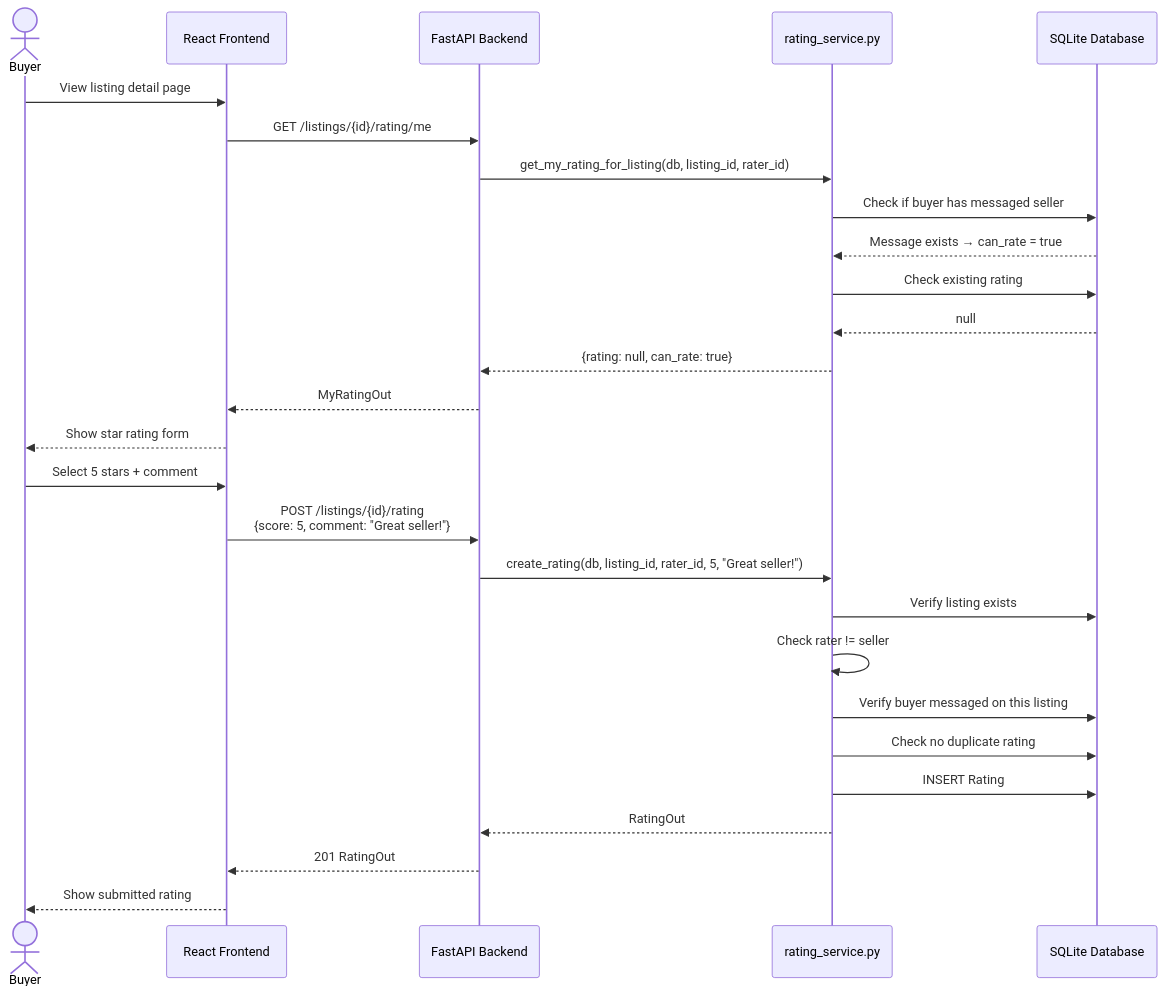
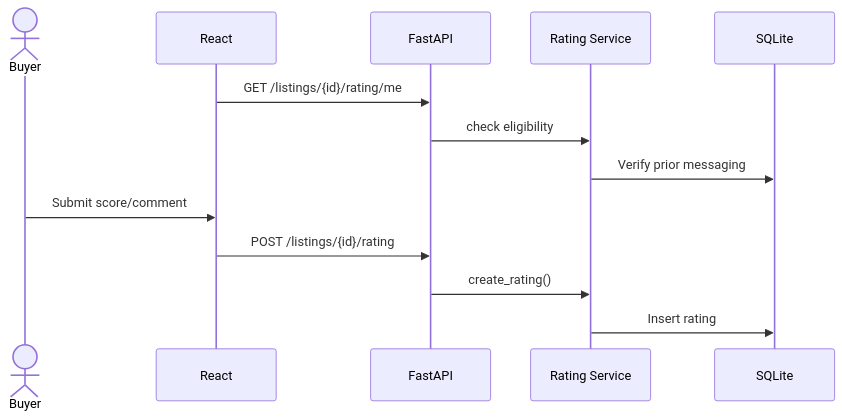
The fourth of 5 diagrams in final_report.md (mai2161/YUTrade), drawn with Mermaid before and after one commit. The commit also changed other lines of this file, not shown here.

````diff
--- a/final_report.md
+++ b/final_report.md
@@ -289,31 +130,17 @@
 ```mermaid
 sequenceDiagram
     actor Buyer
-    participant Frontend as React Frontend
-    participant API as FastAPI Backend
-    participant RatingSvc as rating_service.py
-    participant DB as SQLite Database
+    participant FE as React
+    participant API as FastAPI
+    participant RS as Rating Service
+    participant DB as SQLite
 
-    Buyer->>Frontend: View listing detail page
-    Frontend->>API: GET /listings/{id}/rating/me
-    API->>RatingSvc: get_my_rating_for_listing(db, listing_id, rater_id)
-    RatingSvc->>DB: Check if buyer has messaged seller
-    DB-->>RatingSvc: Message exists → can_rate = true
-    RatingSvc->>DB: Check existing rating
-    DB-->>RatingSvc: null
-    RatingSvc-->>API: {rating: null, can_rate: true}
-    API-->>Frontend: MyRatingOut
-    Frontend-->>Buyer: Show star rating form
+    FE->>API: GET /listings/{id}/rating/me
+    API->>RS: check eligibility
+    RS->>DB: Verify prior messaging
 
-    Buyer->>Frontend: Select 5 stars + comment
-    Frontend->>API: POST /listings/{id}/rating<br/>{score: 5, comment: "Great seller!"}
-    API->>RatingSvc: create_rating(db, listing_id, rater_id, 5, "Great seller!")
-    RatingSvc->>DB: Verify listing exists
-    RatingSvc->>RatingSvc: Check rater != seller
-    RatingSvc->>DB: Verify buyer messaged on this listing
-    RatingSvc->>DB: Check no duplicate rating
-    RatingSvc->>DB: INSERT Rating
-    RatingSvc-->>API: RatingOut
-    API-->>Frontend: 201 RatingOut
-    Frontend-->>Buyer: Show submitted rating
+    Buyer->>FE: Submit score/comment
+    FE->>API: POST /listings/{id}/rating
+    API->>RS: create_rating()
+    RS->>DB: Insert rating
 ```
````
